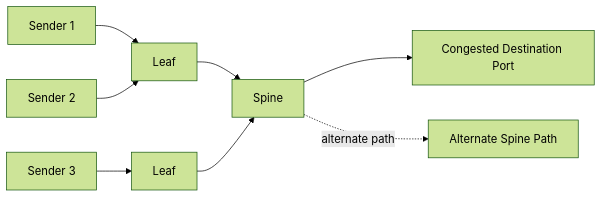
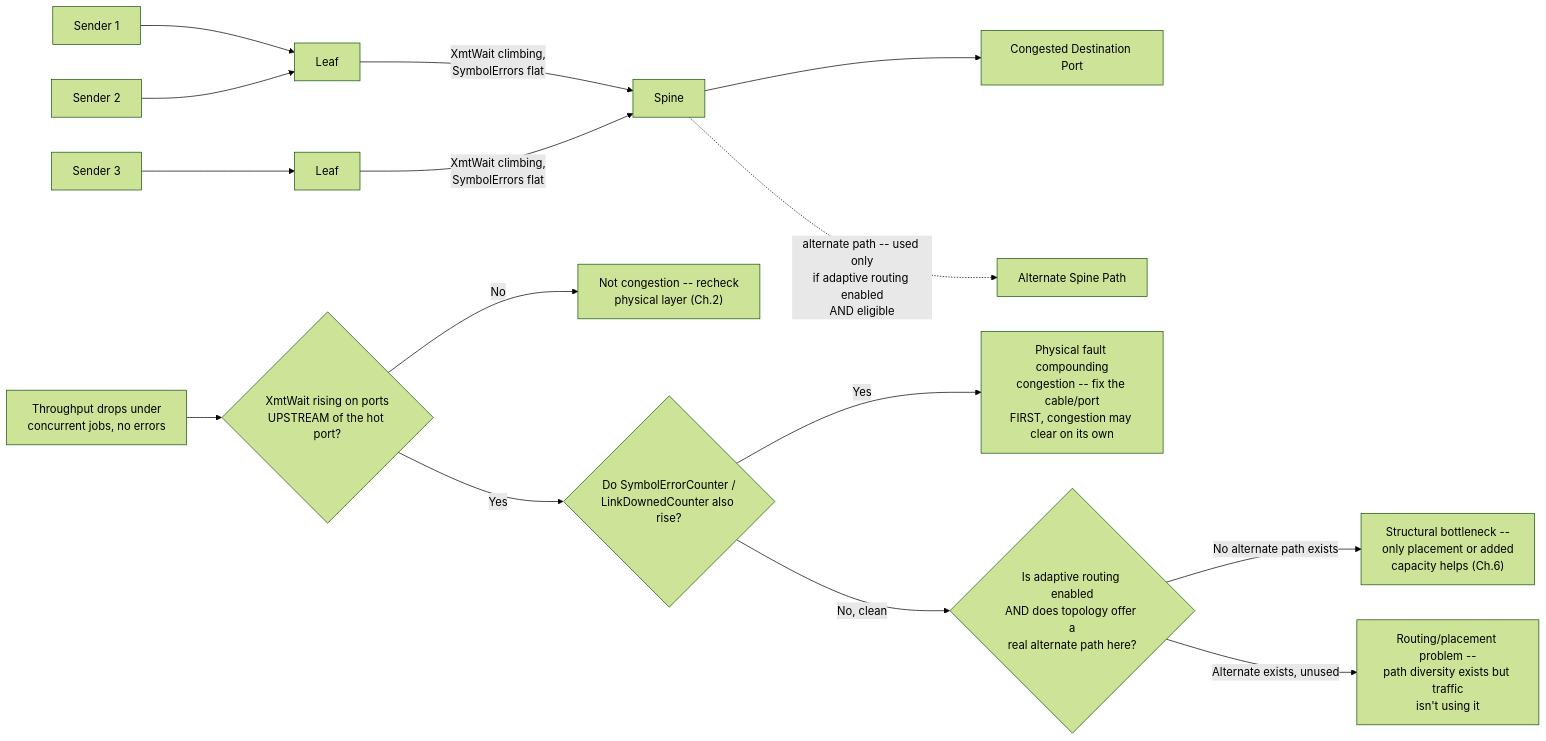
The first of 2 diagrams in docs/nvidia-zero-to-hero/volume-08/chapter-07-adaptive-routing-and-congestion-control.md (jithinpnjm/nvidia-devops), drawn with Mermaid (forest theme) before and after one commit. The commit also changed other lines of this file, not shown here.

````diff
--- a/docs/nvidia-zero-to-hero/volume-08/chapter-07-adaptive-routing-and-congestion-control.md
+++ b/docs/nvidia-zero-to-hero/volume-08/chapter-07-adaptive-routing-and-congestion-control.md
@@ -54,10 +54,18 @@
 ```mermaid
 flowchart LR
     S1[Sender 1] --> L1[Leaf]
     S2[Sender 2] --> L1
     S3[Sender 3] --> L2[Leaf]
-    L1 --> Spine[Spine]
-    L2 --> Spine
+    L1 -->|"XmtWait climbing,<br/>SymbolErrors flat"| Spine[Spine]
+    L2 -->|"XmtWait climbing,<br/>SymbolErrors flat"| Spine
     Spine --> Hot[Congested Destination Port]
-    Spine -. alternate path .-> Alt[Alternate Spine Path]
+    Spine -. "alternate path -- used only<br/>if adaptive routing enabled<br/>AND eligible" .-> Alt[Alternate Spine Path]
+
+    Sym["Throughput drops under<br/>concurrent jobs, no errors"] --> Q1{"XmtWait rising on ports<br/>UPSTREAM of the hot port?"}
+    Q1 -->|No| A1["Not congestion -- recheck<br/>physical layer (Ch.2)"]
+    Q1 -->|Yes| Q2{"Do SymbolErrorCounter /<br/>LinkDownedCounter also rise?"}
+    Q2 -->|Yes| A2["Physical fault compounding<br/>congestion -- fix the cable/port<br/>FIRST, congestion may clear on its own"]
+    Q2 -->|"No, clean"| Q3{"Is adaptive routing enabled<br/>AND does topology offer a<br/>real alternate path here?"}
+    Q3 -->|"No alternate path exists"| A3["Structural bottleneck --<br/>only placement or added<br/>capacity helps (Ch.6)"]
+    Q3 -->|"Alternate exists, unused"| A4["Routing/placement problem --<br/>path diversity exists but traffic<br/>isn't using it"]
 ```
````
